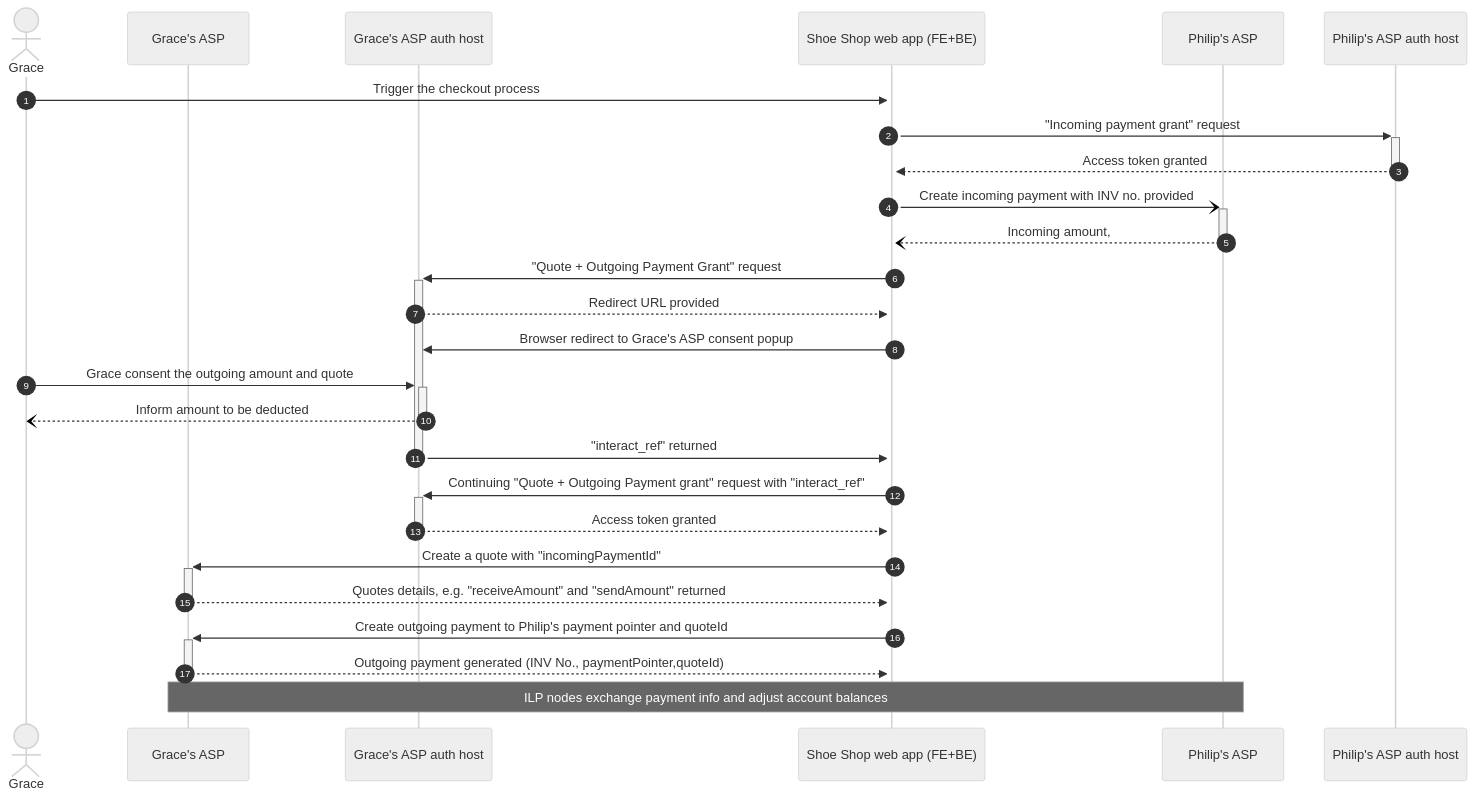
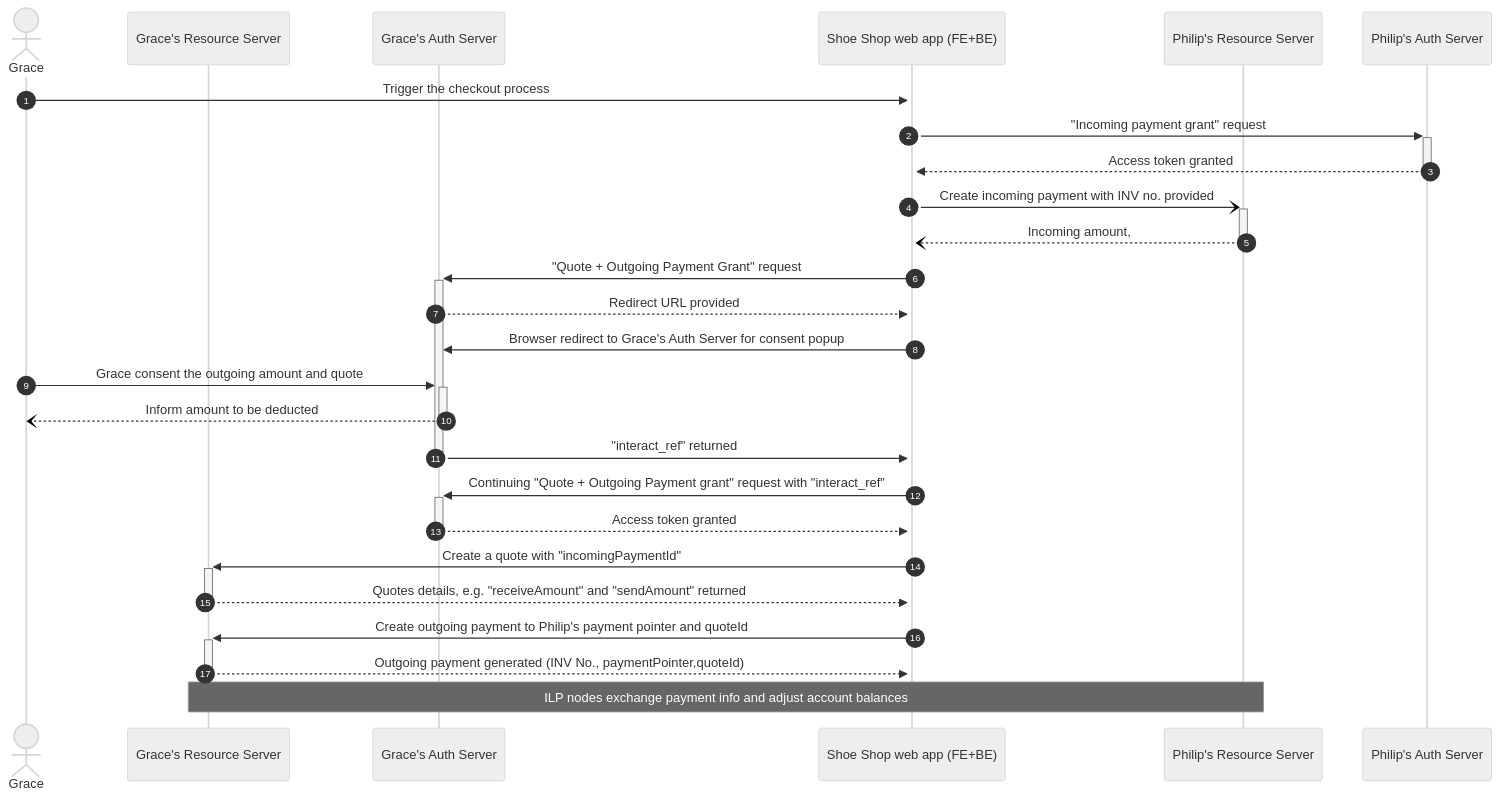
One commit to anguschiu1/interledger-divao changed the diagram in rafiki-divao-demo/demo-playbook.md. Above: the diagram before and after it, drawn with Mermaid (neutral theme). The commit also changed other lines of this file and 33 other files, not shown here.

````diff
--- a/rafiki-divao-demo/demo-playbook.md
+++ b/rafiki-divao-demo/demo-playbook.md
@@ -30,31 +30,28 @@
 ```mermaid
 sequenceDiagram
 autonumber
 Actor Gr as Grace
-participant B as Grace's ASP
-participant BA as Grace's ASP auth host
+participant B as Grace's Resource Server
+participant BA as Grace's Auth Server
 participant WWW as Shoe Shop web app (FE+BE)
-participant P as Philip's ASP
-participant PA as Philip's ASP auth host
+participant P as Philip's Resource Server
+participant PA as Philip's Auth Server
 Gr->>+WWW: Trigger the checkout process
 WWW->>+PA: "Incoming payment grant" request
 PA-->>-WWW: Access token granted
 WWW-)+P: Create incoming payment with INV no. provided
 P--)-WWW: Incoming amount,
 WWW->>+BA: "Quote + Outgoing Payment Grant" request
 BA-->>WWW: Redirect URL provided
-WWW->>BA: Browser redirect to Grace's ASP consent popup
+WWW->>BA: Browser redirect to Grace's Auth Server for consent popup
 Gr->>+BA: Grace consent the outgoing amount and quote
 BA--)-Gr: Inform amount to be deducted
 BA->>-WWW: "interact_ref" returned
 WWW->>+BA: Continuing "Quote + Outgoing Payment grant" request with "interact_ref"
 BA-->>-WWW: Access token granted
 WWW->>+B: Create a quote with "incomingPaymentId"
 B-->>-WWW: Quotes details, e.g. "receiveAmount" and "sendAmount" returned
 WWW->>+B: Create outgoing payment to Philip's payment pointer and quoteId
 B-->>-WWW: Outgoing payment generated (INV No., paymentPointer,quoteId)
 Note over B, P: ILP nodes exchange payment info and adjust account balances
-
-
-
 ```
````
